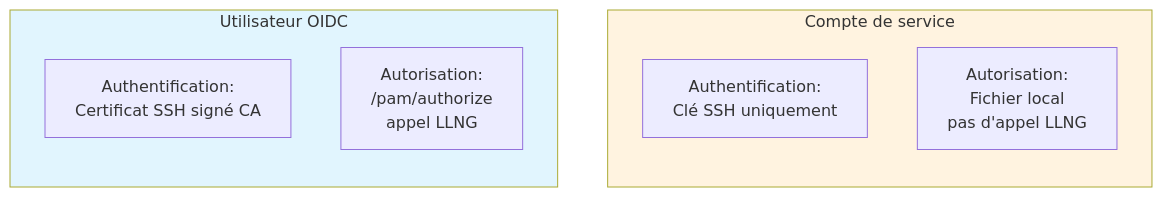
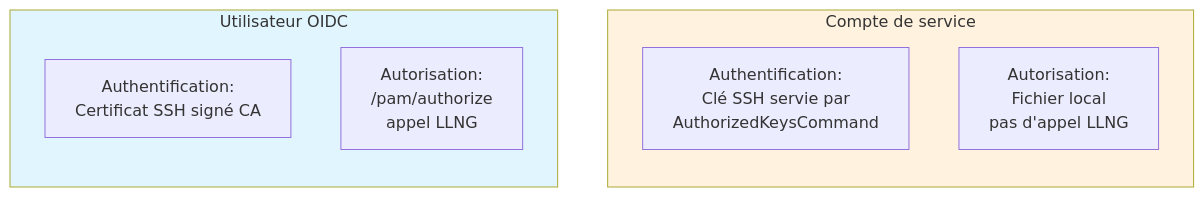
The fourth of 5 diagrams in doc/security/02-ssh-connection.rst (linagora/open-bastion), drawn with Mermaid before and after one commit. The commit also changed other lines of this file and 5 other files, not shown here.

```diff
--- a/doc/security/02-ssh-connection.rst
+++ b/doc/security/02-ssh-connection.rst
@@ -1836,19 +1853,19 @@
 .. mermaid::
 
    flowchart LR
        subgraph OIDC["Utilisateur OIDC"]
            direction TB
            A1[Authentification:<br/>Certificat SSH signé CA]
            A2[Autorisation:<br/>/pam/authorize<br/>appel LLNG]
        end
 
        subgraph Service["Compte de service"]
            direction TB
-           B1[Authentification:<br/>Clé SSH uniquement]
+           B1[Authentification:<br/>Clé SSH servie par<br/>AuthorizedKeysCommand]
            B2[Autorisation:<br/>Fichier local<br/>pas d'appel LLNG]
        end
 
        OIDC ~~~ Service
 
        style OIDC fill:#e1f5fe
        style Service fill:#fff3e0
```
